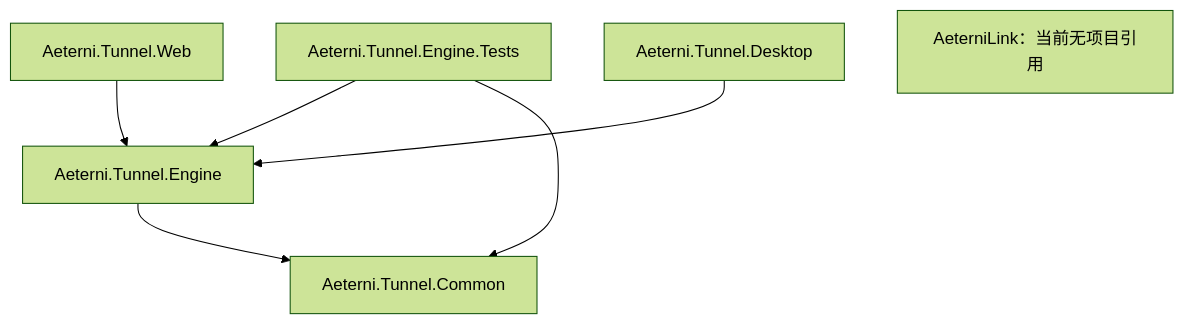
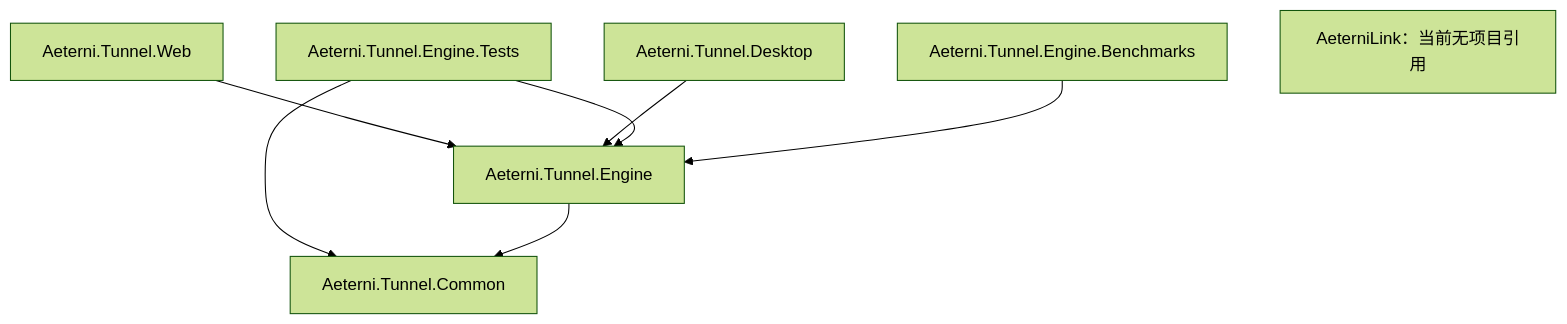
One commit to lixingyuan0817/AeterniTunnel changed the diagram in docs/project-index.md. Above: the diagram before and after it, drawn with Mermaid (forest theme). The commit also changed other lines of this file and 7 other files, not shown here.

```diff
--- a/docs/project-index.md
+++ b/docs/project-index.md
@@ -34,9 +35,10 @@
 ~~~mermaid
 flowchart TD
     Web["Aeterni.Tunnel.Web"] --> Engine["Aeterni.Tunnel.Engine"]
     Desktop["Aeterni.Tunnel.Desktop"] --> Engine
     Tests["Aeterni.Tunnel.Engine.Tests"] --> Engine
     Tests --> Common["Aeterni.Tunnel.Common"]
     Engine --> Common
+    Benchmarks["Aeterni.Tunnel.Engine.Benchmarks"] --> Engine
     Link["AeterniLink：当前无项目引用"]
 ~~~
```
